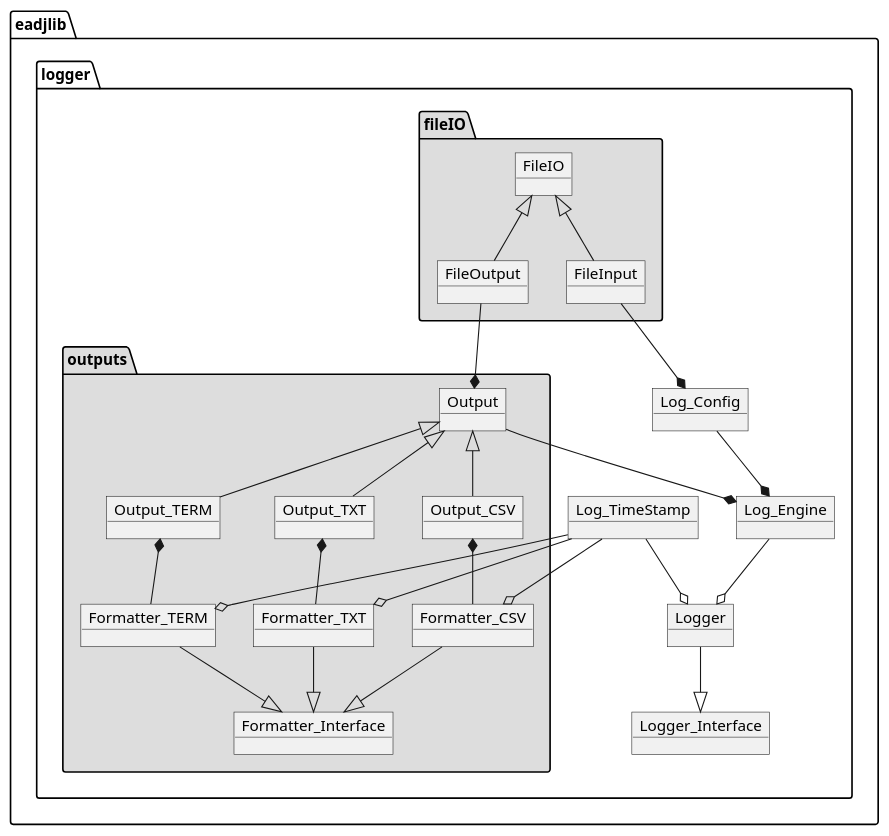
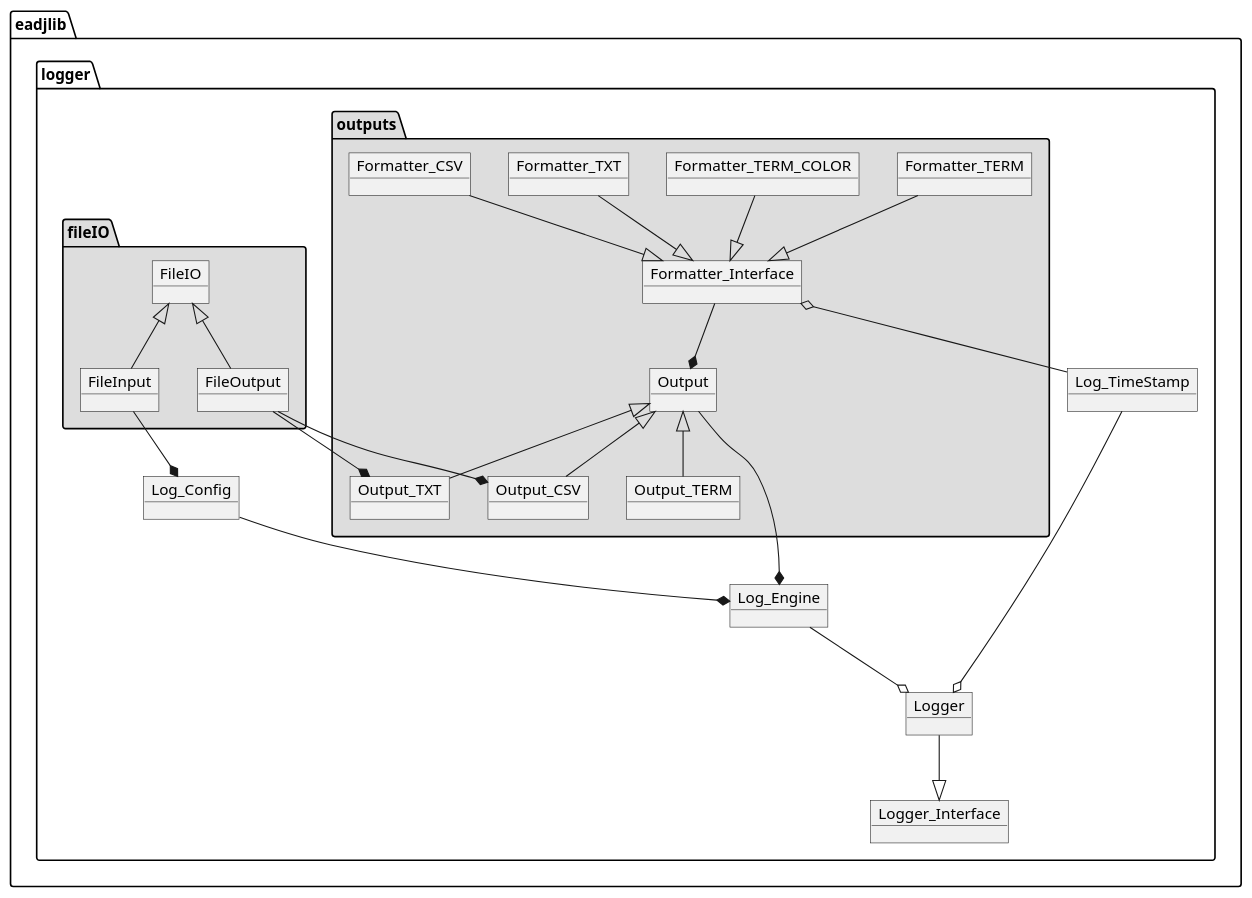
The diagram in docs/uml/loggerObjectDiagram.puml (An7ar35/eadjlib), drawn with PlantUML before and after one commit. The commit also changed 13 other files, not shown here.

Commit message:
[Formatter/Output] Architecture changes to push injection of formatters into the outputs so that any output may use any formatters. Unit Tests updated.

```diff
--- a/docs/uml/loggerObjectDiagram.puml
+++ b/docs/uml/loggerObjectDiagram.puml
@@ -1,52 +1,55 @@
 @startuml
 package "eadjlib.logger" #FFFFFF {
 	object Logger_Interface
 	object Logger
 	object Log_Engine
 	object Log_Config
 	object Log_TimeStamp
 	
 	Logger --|> Logger_Interface
 	Log_TimeStamp --o Logger
 	Log_Engine --o Logger
 	Log_Config --* Log_Engine
 	
 	package "eadjlib.logger.outputs" #DDDDDD {
 		object Formatter_Interface
 		object Formatter_TERM
+		object Formatter_TERM_COLOR
 		object Formatter_TXT
 		object Formatter_CSV
 		object Output
 		object Output_TERM
 		object Output_TXT
 		object Output_CSV
 
 		Formatter_TERM --|> Formatter_Interface
+	    Formatter_TERM_COLOR --|> Formatter_Interface
 		Formatter_TXT --|> Formatter_Interface
 		Formatter_CSV --|> Formatter_Interface
-		Log_TimeStamp --o Formatter_TERM
-		Log_TimeStamp --o Formatter_TXT
-		Log_TimeStamp --o Formatter_CSV
+
+		Formatter_Interface o-- Log_TimeStamp
 		Output --* Log_Engine
+
 		Output <|-- Output_TERM
 		Output <|-- Output_TXT
 		Output <|-- Output_CSV
-		Output_TERM *-- Formatter_TERM
-		Output_TXT *-- Formatter_TXT
-		Output_CSV *-- Formatter_CSV
+
+		Output *-up- Formatter_Interface
+
 	}
 	
 	package "eadjlib.logger.fileIO" #DDDDDD {
 		object FileIO
 		object FileInput
 		object FileOutput
 		
 		FileIO <|-- FileOutput
 		FileIO <|-- FileInput
 	}
 	
-	FileOutput --* Output
+	FileOutput --* Output_TXT
+	FileOutput --* Output_CSV
 	FileInput --* Log_Config
 }
 
 @enduml
```
